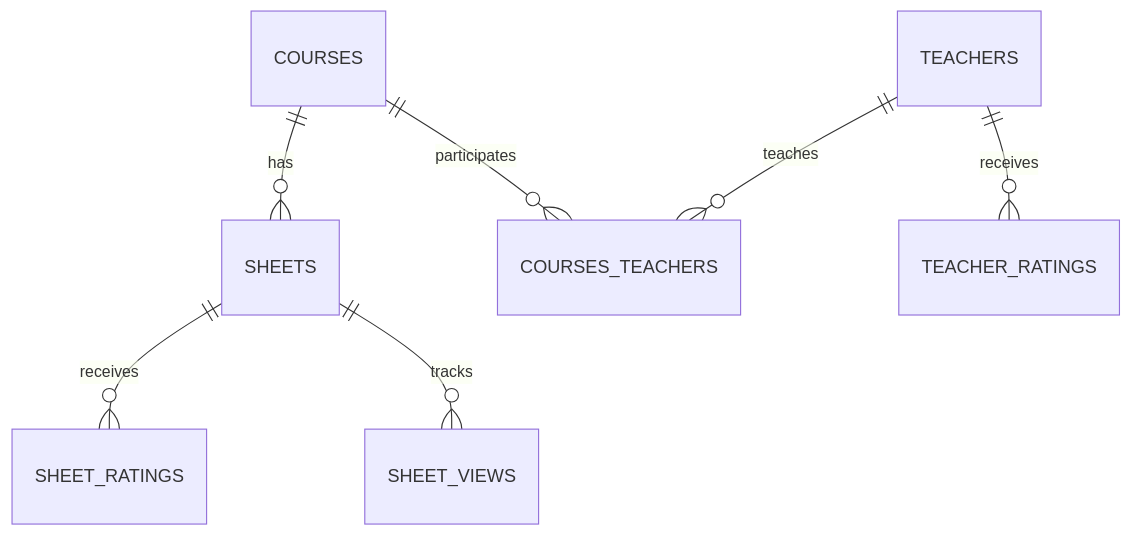
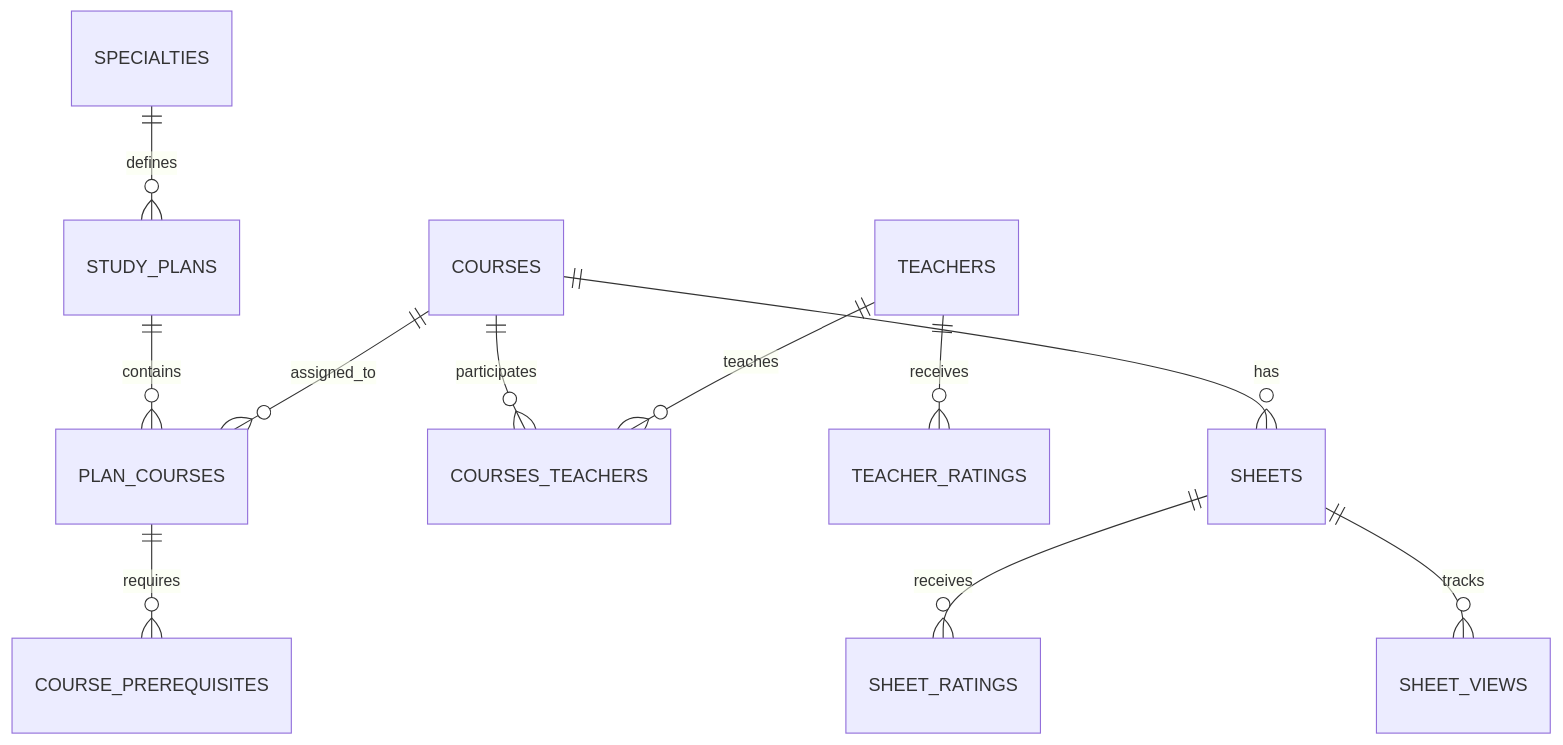
One commit to ccUnicode/TrikaWeb changed the second of 3 diagrams in docs/arquitectura.md. Above: the diagram before and after it, drawn with Mermaid. The commit also changed other lines of this file and 3 other files, not shown here.

````diff
--- a/docs/arquitectura.md
+++ b/docs/arquitectura.md
@@ -100,9 +148,13 @@
 ```mermaid
 erDiagram
     COURSES ||--o{ SHEETS : has
     COURSES ||--o{ COURSES_TEACHERS : participates
     TEACHERS ||--o{ COURSES_TEACHERS : teaches
     TEACHERS ||--o{ TEACHER_RATINGS : receives
     SHEETS ||--o{ SHEET_RATINGS : receives
     SHEETS ||--o{ SHEET_VIEWS : tracks
+    SPECIALTIES ||--o{ STUDY_PLANS : defines
+    STUDY_PLANS ||--o{ PLAN_COURSES : contains
+    COURSES ||--o{ PLAN_COURSES : assigned_to
+    PLAN_COURSES ||--o{ COURSE_PREREQUISITES : requires
 ```
````
